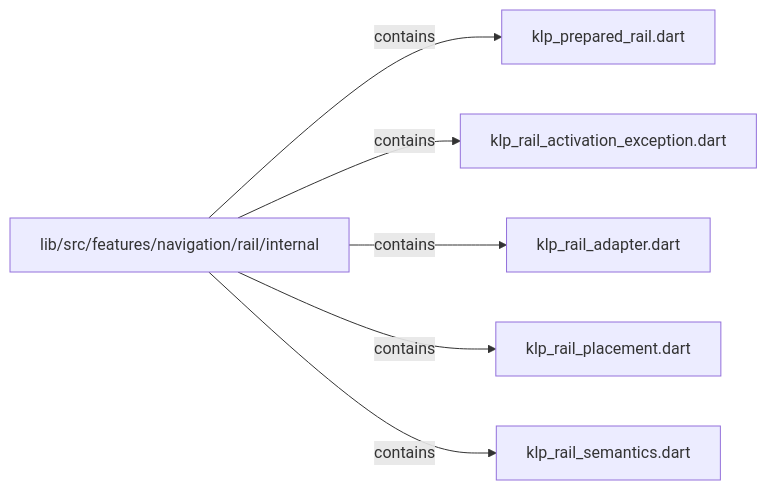
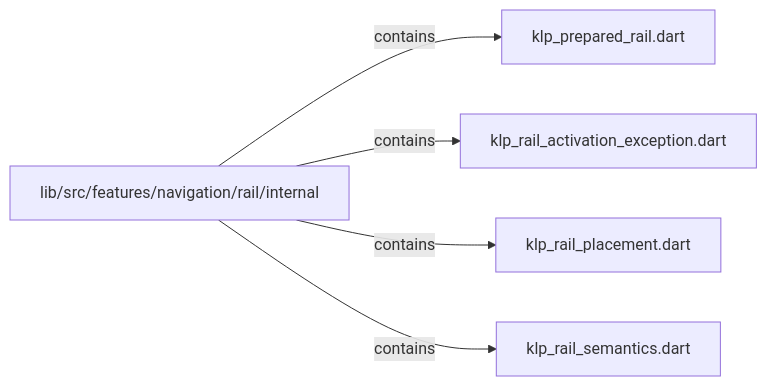
One commit to MiuDog/Kallopis changed the third of 3 diagrams in docs/architecture/src/features/navigation/rail/internal/README.md. Above: the diagram before and after it, drawn with Mermaid. The commit also changed other lines of this file and 9688 other files, not shown here.

Commit message:
Prepare isolated Flow F2 peer baseline

````diff
--- a/docs/architecture/src/features/navigation/rail/internal/README.md
+++ b/docs/architecture/src/features/navigation/rail/internal/README.md
@@ -88,14 +74,12 @@
 ```mermaid
 flowchart LR
 	n0["lib/src/features/navigation/rail/internal"]
 	n1["klp_prepared_rail.dart"]
 	n2["klp_rail_activation_exception.dart"]
-	n3["klp_rail_adapter.dart"]
-	n4["klp_rail_placement.dart"]
-	n5["klp_rail_semantics.dart"]
+	n3["klp_rail_placement.dart"]
+	n4["klp_rail_semantics.dart"]
 	n0 -->|"contains"| n1
 	n0 -->|"contains"| n2
 	n0 -->|"contains"| n3
 	n0 -->|"contains"| n4
-	n0 -->|"contains"| n5
 ```
````
